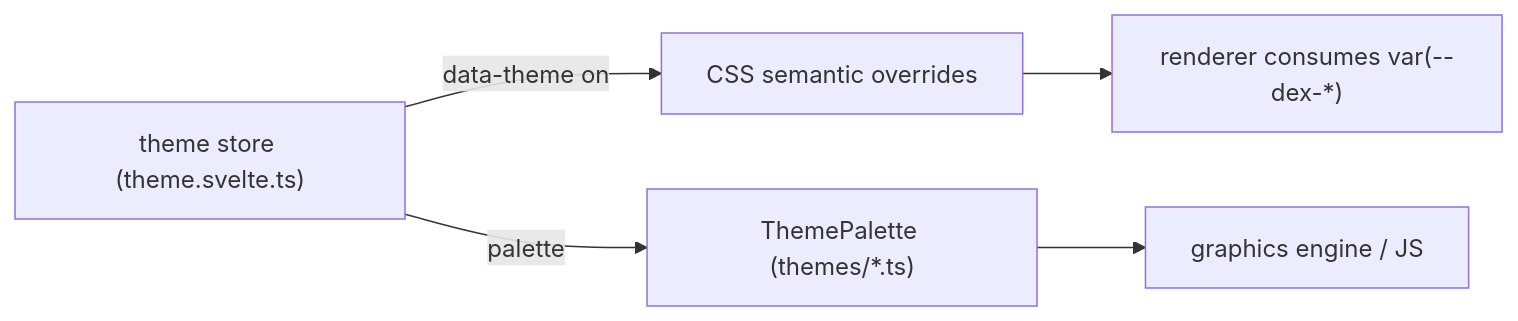
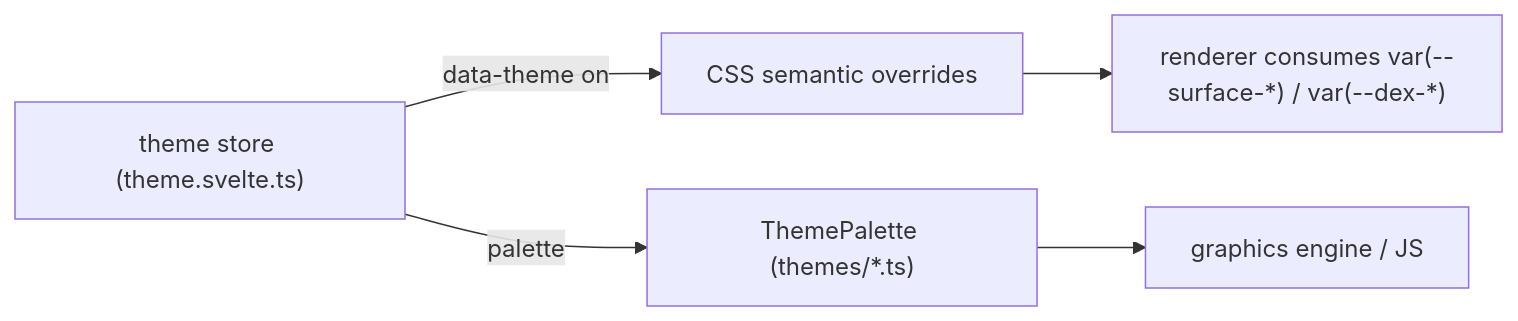
Before and after one commit to moughamir/dex: the second of 3 diagrams in docs/30-specs/Theme.md, drawn with Mermaid. The commit also changed other lines of this file and 36 other files, not shown here.

````diff
--- a/docs/30-specs/Theme.md
+++ b/docs/30-specs/Theme.md
@@ -106,8 +117,8 @@
 ```mermaid
 flowchart LR
     STORE["theme store (theme.svelte.ts)"]
     STORE -->|"data-theme on <html>"| CSS["CSS semantic overrides"]
     STORE -->|"palette"| PALETTE["ThemePalette (themes/*.ts)"]
-    CSS --> RENDER["renderer consumes var(--dex-*)"]
+    CSS --> RENDER["renderer consumes var(--surface-*) / var(--dex-*)"]
     PALETTE --> GPU["graphics engine / JS"]
 ```
````
